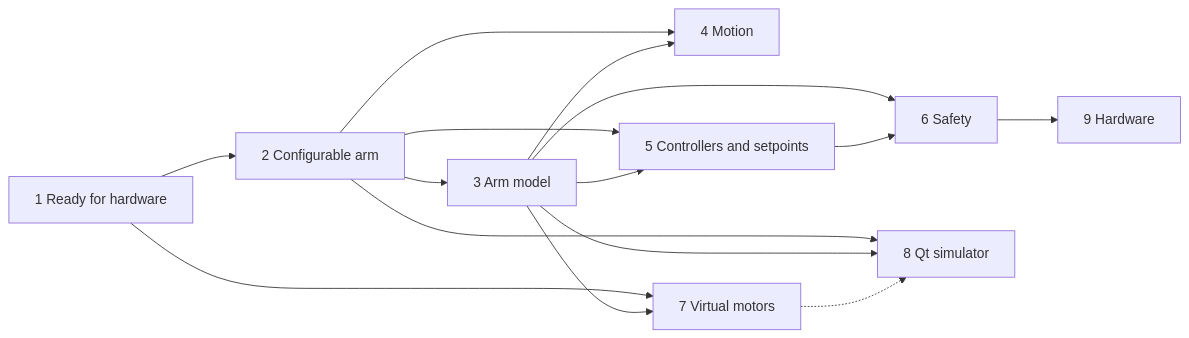
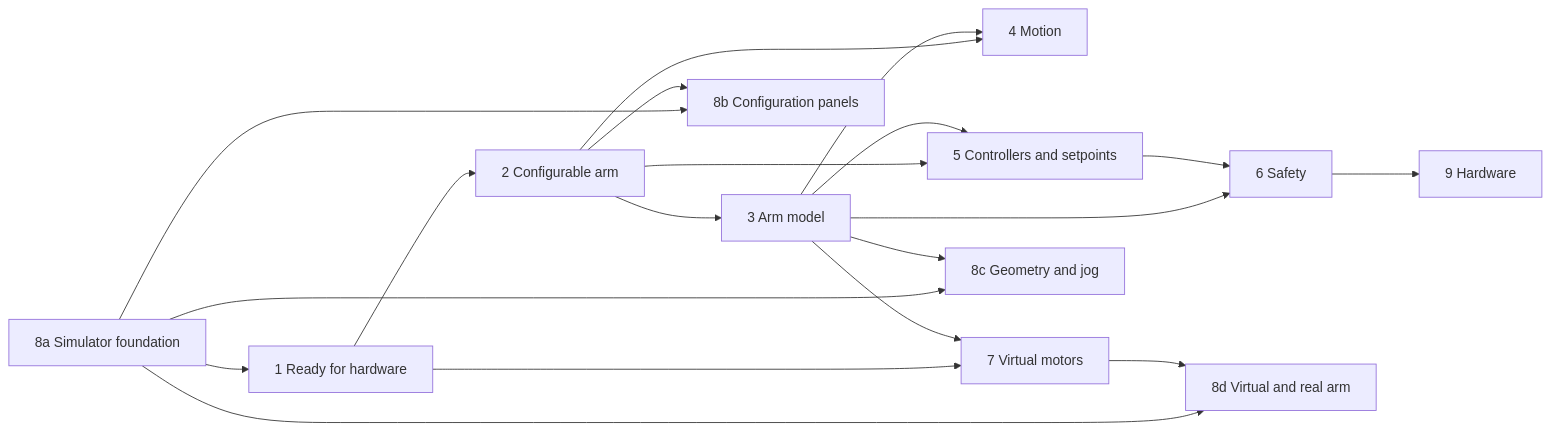
The diagram in documentation/roadmap.md (embedded-pro/e-robot-arm), drawn with Mermaid before and after one commit. The commit also changed other lines of this file and 4 other files, not shown here.

First line of the commit message:
docs: add a Qt Quick 3D skill and put the simulator first on the roadmap

````diff
--- a/documentation/roadmap.md
+++ b/documentation/roadmap.md
@@ -34,17 +50,21 @@
 ```mermaid
 flowchart LR
-    P1[1 Ready for hardware] --> P2[2 Configurable arm]
+    P8a[8a Simulator foundation] --> P1[1 Ready for hardware]
+    P1 --> P2[2 Configurable arm]
     P2 --> P3[3 Arm model]
     P2 --> P4[4 Motion]
     P3 --> P4
     P2 --> P5[5 Controllers and setpoints]
     P3 --> P5
     P3 --> P6[6 Safety]
     P5 --> P6
     P1 --> P7[7 Virtual motors]
     P3 --> P7
-    P2 --> P8[8 Qt simulator]
-    P3 --> P8
-    P7 -.-> P8
+    P8a --> P8b[8b Configuration panels]
+    P2 --> P8b
+    P8a --> P8c[8c Geometry and jog]
+    P3 --> P8c
+    P8a --> P8d[8d Virtual and real arm]
+    P7 --> P8d
     P6 --> P9[9 Hardware]
 ```
````
